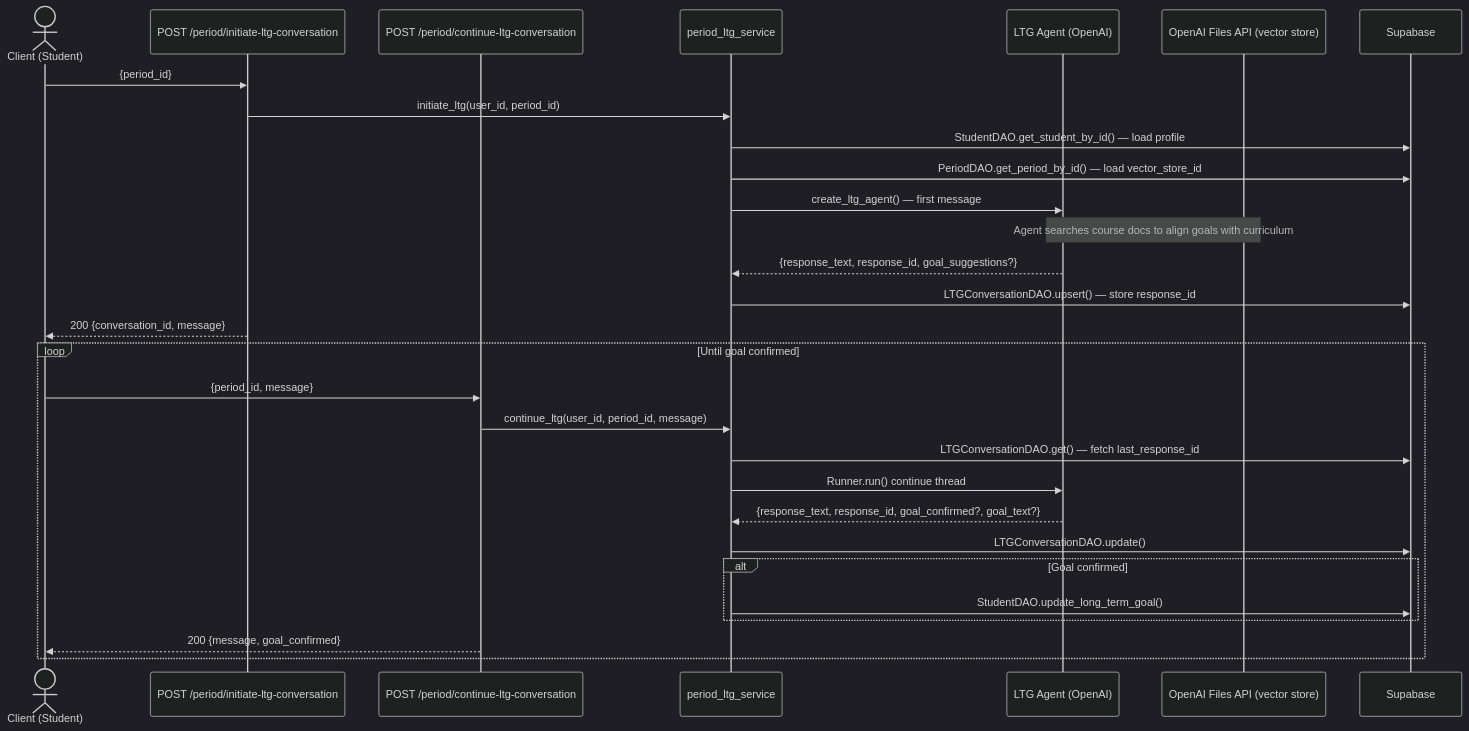
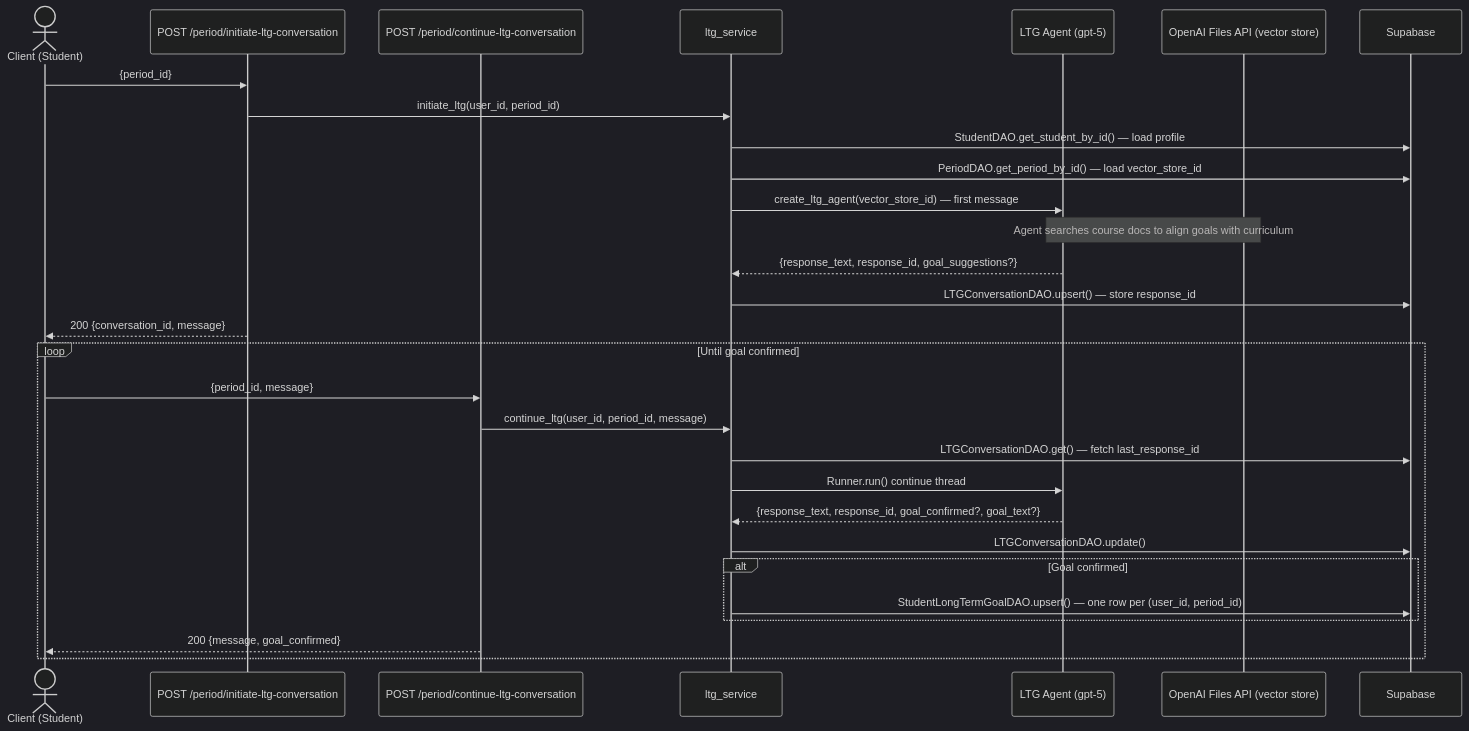
Before and after one commit to EduQuest-AI-Inc/eduquest-backend: diagram 15 of 22 in ARCHITECTURE.md, drawn with Mermaid (dark theme). The commit also changed other lines of this file, not shown here.

````diff
--- a/ARCHITECTURE.md
+++ b/ARCHITECTURE.md
@@ -409,33 +414,33 @@
 ```mermaid
 sequenceDiagram
     actor C as Client (Student)
     participant R1 as POST /period/initiate-ltg-conversation
     participant R2 as POST /period/continue-ltg-conversation
-    participant S as period_ltg_service
-    participant AI as LTG Agent (OpenAI)
+    participant S as ltg_service
+    participant AI as LTG Agent (gpt-5)
     participant OAI as OpenAI Files API (vector store)
     participant DB as Supabase
 
     C->>R1: {period_id}
     R1->>S: initiate_ltg(user_id, period_id)
     S->>DB: StudentDAO.get_student_by_id()  — load profile
     S->>DB: PeriodDAO.get_period_by_id()  — load vector_store_id
-    S->>AI: create_ltg_agent() — first message
+    S->>AI: create_ltg_agent(vector_store_id) — first message
     Note over AI,OAI: Agent searches course docs to align goals with curriculum
     AI-->>S: {response_text, response_id, goal_suggestions?}
     S->>DB: LTGConversationDAO.upsert()  — store response_id
     R1-->>C: 200  {conversation_id, message}
 
     loop Until goal confirmed
         C->>R2: {period_id, message}
         R2->>S: continue_ltg(user_id, period_id, message)
         S->>DB: LTGConversationDAO.get()  — fetch last_response_id
         S->>AI: Runner.run() continue thread
         AI-->>S: {response_text, response_id, goal_confirmed?, goal_text?}
         S->>DB: LTGConversationDAO.update()
         alt Goal confirmed
-            S->>DB: StudentDAO.update_long_term_goal()
+            S->>DB: StudentLongTermGoalDAO.upsert()  — one row per (user_id, period_id)
         end
         R2-->>C: 200  {message, goal_confirmed}
     end
 ```
````
